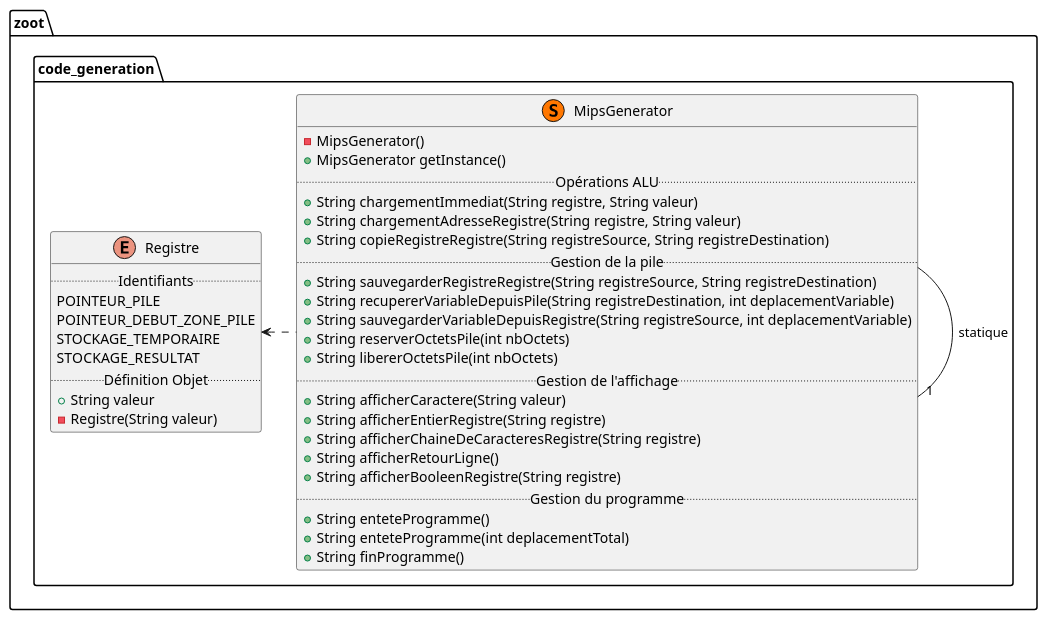
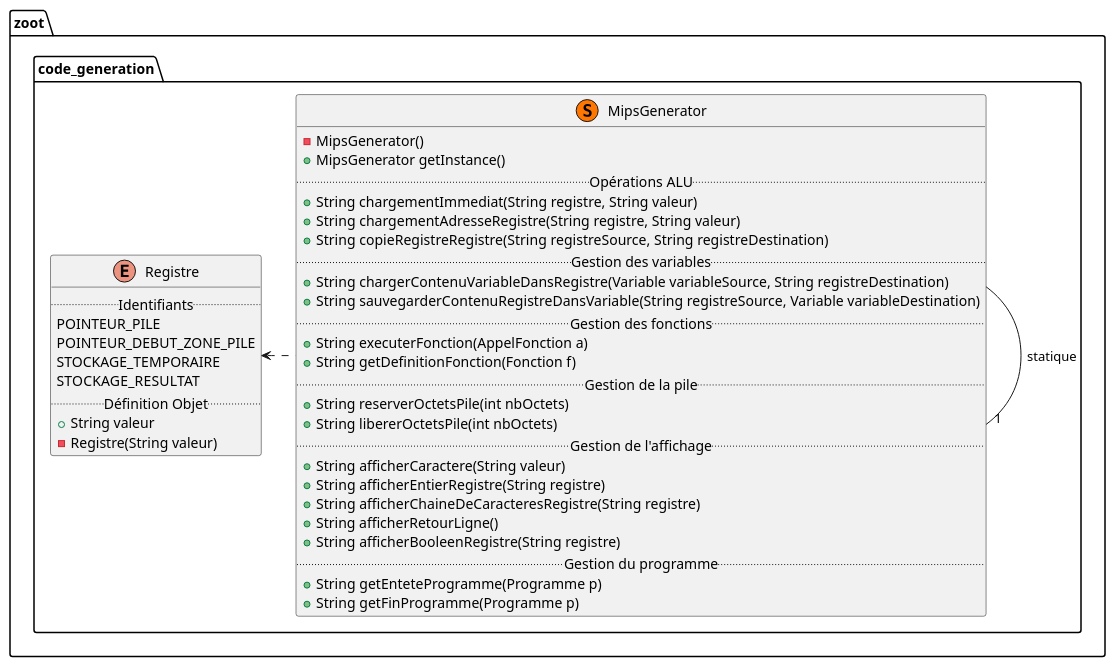
The diagram in diagrammes/classe/code_generation.puml (lmtb06/zoot), drawn with PlantUML before and after one commit. The commit also changed 4 other files, not shown here.

First line of the commit message:
Ajout des diagrammes de classes pour zoot2

```diff
--- a/diagrammes/classe/code_generation.puml
+++ b/diagrammes/classe/code_generation.puml
@@ -1,48 +1,49 @@
 @startuml "Package code_generation"
 
 namespace zoot.code_generation {
     ' Includes
     ' Classes
     enum Registre{
         .. Identifiants ..
         POINTEUR_PILE
         POINTEUR_DEBUT_ZONE_PILE
         STOCKAGE_TEMPORAIRE
         STOCKAGE_RESULTAT
         .. Définition Objet ..
         + String valeur
         - Registre(String valeur)
     }
 
     class MipsGenerator << (S,#FF7700) >> {
         - MipsGenerator()
         + MipsGenerator getInstance()
         .. Opérations ALU ..
         + String chargementImmediat(String registre, String valeur)
         + String chargementAdresseRegistre(String registre, String valeur)
         + String copieRegistreRegistre(String registreSource, String registreDestination)
+        .. Gestion des variables ..
+        + String chargerContenuVariableDansRegistre(Variable variableSource, String registreDestination)
+        + String sauvegarderContenuRegistreDansVariable(String registreSource, Variable variableDestination)
+        .. Gestion des fonctions ..
+        + String executerFonction(AppelFonction a)
+        + String getDefinitionFonction(Fonction f)
         .. Gestion de la pile ..
-        ' + String sauvegarderRegistreDansPile(String registreSource) '
-        + String sauvegarderRegistreRegistre(String registreSource, String registreDestination)
-        + String recupererVariableDepuisPile(String registreDestination, int deplacementVariable)
-        + String sauvegarderVariableDepuisRegistre(String registreSource, int deplacementVariable)
         + String reserverOctetsPile(int nbOctets)
         + String libererOctetsPile(int nbOctets)
         .. Gestion de l'affichage ..
         + String afficherCaractere(String valeur)
         + String afficherEntierRegistre(String registre)
         + String afficherChaineDeCaracteresRegistre(String registre)
         + String afficherRetourLigne()
         + String afficherBooleenRegistre(String registre)
         .. Gestion du programme ..
-        + String enteteProgramme()
-        + String enteteProgramme(int deplacementTotal)
-        + String finProgramme()
+        + String getEnteteProgramme(Programme p)
+        + String getFinProgramme(Programme p)
     }
 
     ' Relations entre les classes
     MipsGenerator -right-"1" MipsGenerator : statique
     MipsGenerator .left.> Registre
 
 }
 @enduml
```
